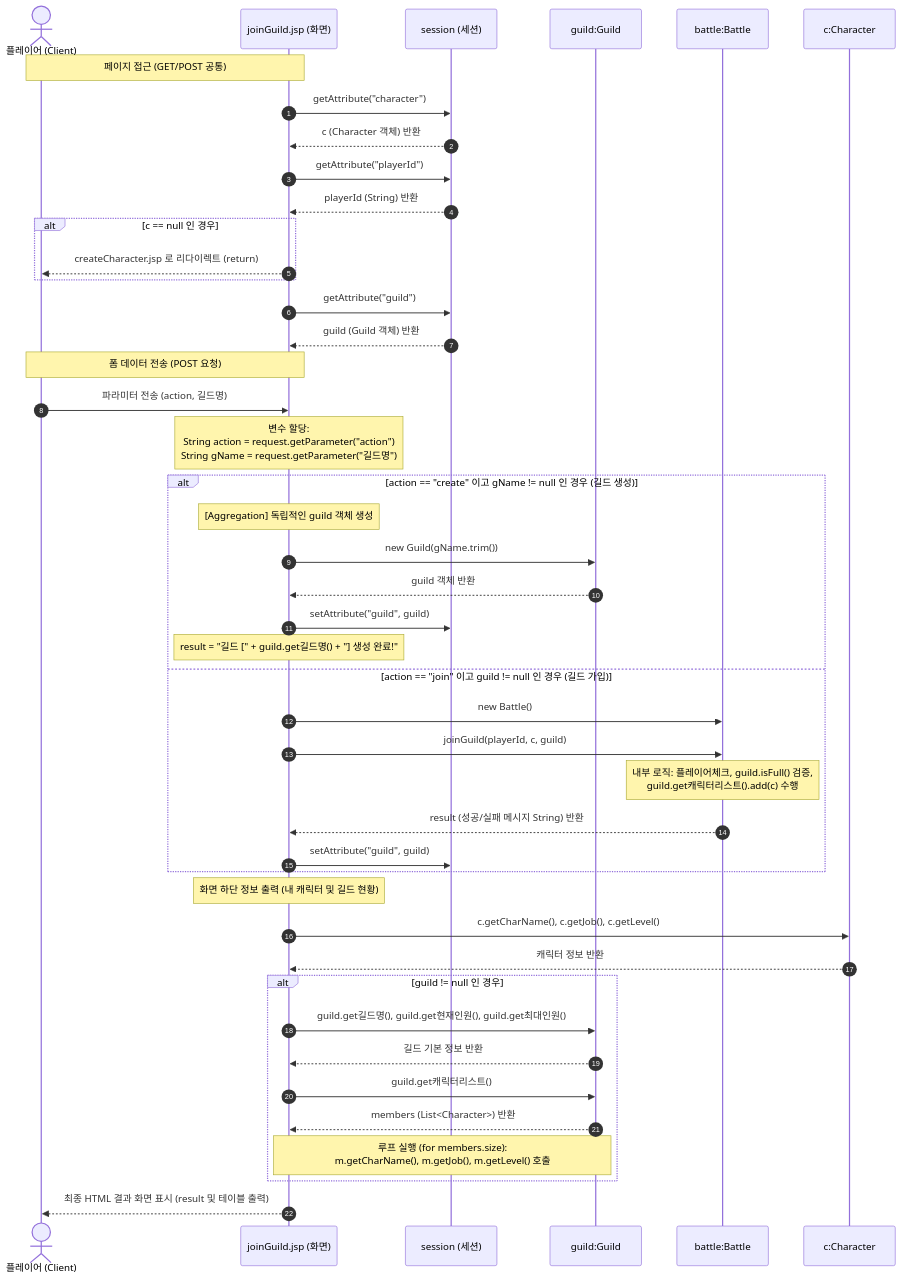
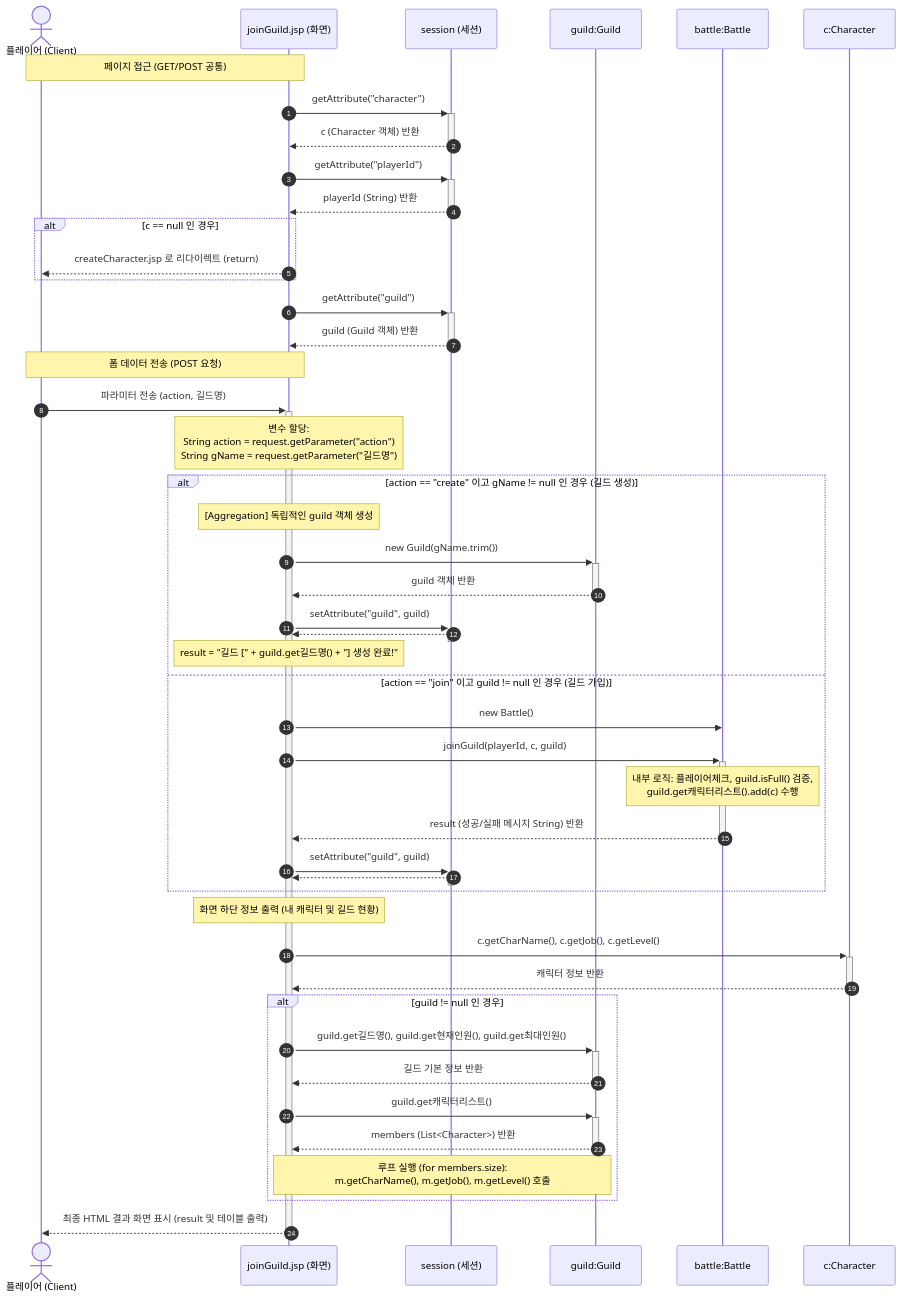
One commit to Sewqp/DnF_Battle2_B_06- changed the diagram in 길드가입순차도.md. Above: the diagram before and after it, drawn with Mermaid.

Commit message:
Refactor session attribute retrieval in guild flow

````diff
--- a/길드가입순차도.md
+++ b/길드가입순차도.md
@@ -1,61 +1,63 @@
 ```mermaid
 sequenceDiagram
     autonumber
     actor 플레이어 as 플레이어 (Client)
     participant 화면 as joinGuild.jsp (화면)
     participant 세션 as session (세션)
     participant 길드객체 as guild:Guild
     participant 전투객체 as battle:Battle
     participant 캐릭터객체 as c:Character
 
     %% 1. 세션 속성 조회 단계
     Note over 플레이어, 화면: 페이지 접근 (GET/POST 공통)
-    화면->>세션: getAttribute("character")
-    세션-->>화면: c (Character 객체) 반환
-    화면->>세션: getAttribute("playerId")
-    세션-->>화면: playerId (String) 반환
+    화면->>+세션: getAttribute("character")
+    세션-->>-화면: c (Character 객체) 반환
+    화면->>+세션: getAttribute("playerId")
+    세션-->>-화면: playerId (String) 반환
     
     alt c == null 인 경우
         화면-->>플레이어: createCharacter.jsp 로 리다이렉트 (return)
     end
 
-    화면->>세션: getAttribute("guild")
-    세션-->>화면: guild (Guild 객체) 반환
+    화면->>+세션: getAttribute("guild")
+    세션-->>-화면: guild (Guild 객체) 반환
 
     %% 2. POST 요청 조건 분기
     Note over 플레이어, 화면: 폼 데이터 전송 (POST 요청)
-    플레이어->>화면: 파라미터 전송 (action, 길드명)
+    플레이어->>+화면: 파라미터 전송 (action, 길드명)
     Note over 화면: 변수 할당:<br/>String action = request.getParameter("action")<br/>String gName = request.getParameter("길드명")
 
     alt action == "create" 이고 gName != null 인 경우 (길드 생성)
         Note over 화면: [Aggregation] 독립적인 guild 객체 생성
-        화면->>길드객체: new Guild(gName.trim())
-        길드객체-->>화면: guild 객체 반환
-        화면->>세션: setAttribute("guild", guild)
+        화면->>+길드객체: new Guild(gName.trim())
+        길드객체-->>-화면: guild 객체 반환
+        화면->>+세션: setAttribute("guild", guild)
+        세션-->>-화면: 
         Note over 화면: result = "길드 [" + guild.get길드명() + "] 생성 완료!"
 
     else action == "join" 이고 guild != null 인 경우 (길드 가입)
         화면->>전투객체: new Battle()
-        화면->>전투객체: joinGuild(playerId, c, guild)
+        화면->>+전투객체: joinGuild(playerId, c, guild)
         Note over 전투객체: 내부 로직: 플레이어체크, guild.isFull() 검증,<br/>guild.get캐릭터리스트().add(c) 수행
-        전투객체-->>화면: result (성공/실패 메시지 String) 반환
-        화면->>세션: setAttribute("guild", guild)
+        전투객체-->>-화면: result (성공/실패 메시지 String) 반환
+        화면->>+세션: setAttribute("guild", guild)
+        세션-->>-화면: 
     end
 
     %% 3. 출력 및 갱신 화면 (Rendering)
     Note over 화면: 화면 하단 정보 출력 (내 캐릭터 및 길드 현황)
-    화면->>캐릭터객체: c.getCharName(), c.getJob(), c.getLevel()
-    캐릭터객체-->>화면: 캐릭터 정보 반환
+    화면->>+캐릭터객체: c.getCharName(), c.getJob(), c.getLevel()
+    캐릭터객체-->>-화면: 캐릭터 정보 반환
     
     alt guild != null 인 경우
-        화면->>길드객체: guild.get길드명(), guild.get현재인원(), guild.get최대인원()
-        길드객체-->>화면: 길드 기본 정보 반환
+        화면->>+길드객체: guild.get길드명(), guild.get현재인원(), guild.get최대인원()
+        길드객체-->>-화면: 길드 기본 정보 반환
         
-        화면->>길드객체: guild.get캐릭터리스트()
-        길드객체-->>화면: members (List<Character>) 반환
+        화면->>+길드객체: guild.get캐릭터리스트()
+        길드객체-->>-화면: members (List<Character>) 반환
         
         Note over 화면, 길드객체: 루프 실행 (for members.size):<br/>m.getCharName(), m.getJob(), m.getLevel() 호출
     end
 
-    화면-->>플레이어: 최종 HTML 결과 화면 표시 (result 및 테이블 출력)
+    화면-->>-플레이어: 최종 HTML 결과 화면 표시 (result 및 테이블 출력)
 ```
````
